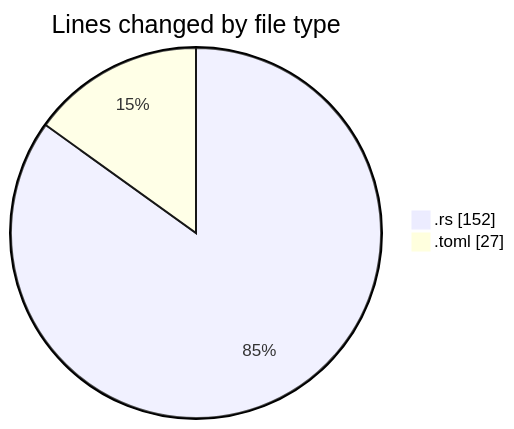
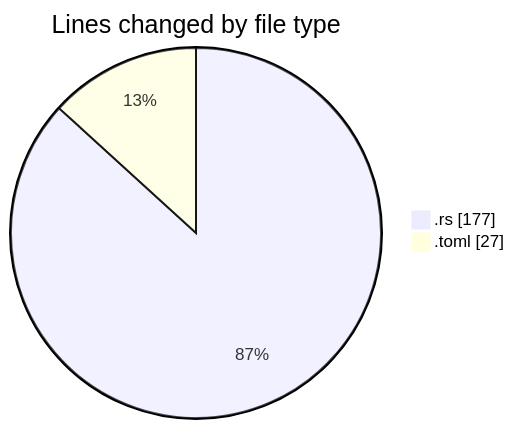
The first of 2 diagrams in 2025-12-27/rust/README.md (Ritupan-Deka/code-tracking), drawn with Mermaid before and after one commit. The commit also changed other lines of this file and 1 other file, not shown here.

````diff
--- a/2025-12-27/rust/README.md
+++ b/2025-12-27/rust/README.md
@@ -21,6 +21,6 @@
 ```mermaid
 pie showData
 title Lines changed by file type
-".rs" : 152
+".rs" : 177
 ".toml" : 27
 ```
````
